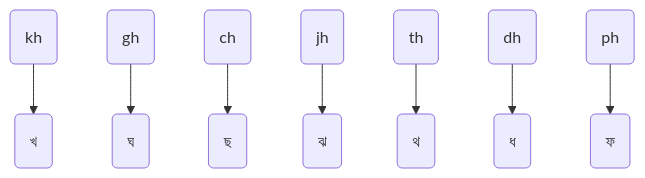
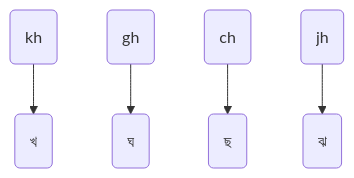
Before and after one commit to KhiproTeam/khipro-quickstart: the third of 11 diagrams in README.md, drawn with Mermaid. The commit also changed other lines of this file, not shown here.

Commit message:
সাতটি বর্ণ দুটি ফ্লোচার্টে ডিভাইড করা

````diff
--- a/README.md
+++ b/README.md
@@ -66,10 +66,7 @@
 ```mermaid
 flowchart TD
 a(kh) --> b(খ)
 c(gh) --> d(ঘ)
 e(ch) --> f(ছ)
 g(jh) --> h(ঝ)
-i(th) --> j(থ)
-k(dh) --> l(ধ)
-m(ph) --> n(ফ)
 ```
````
